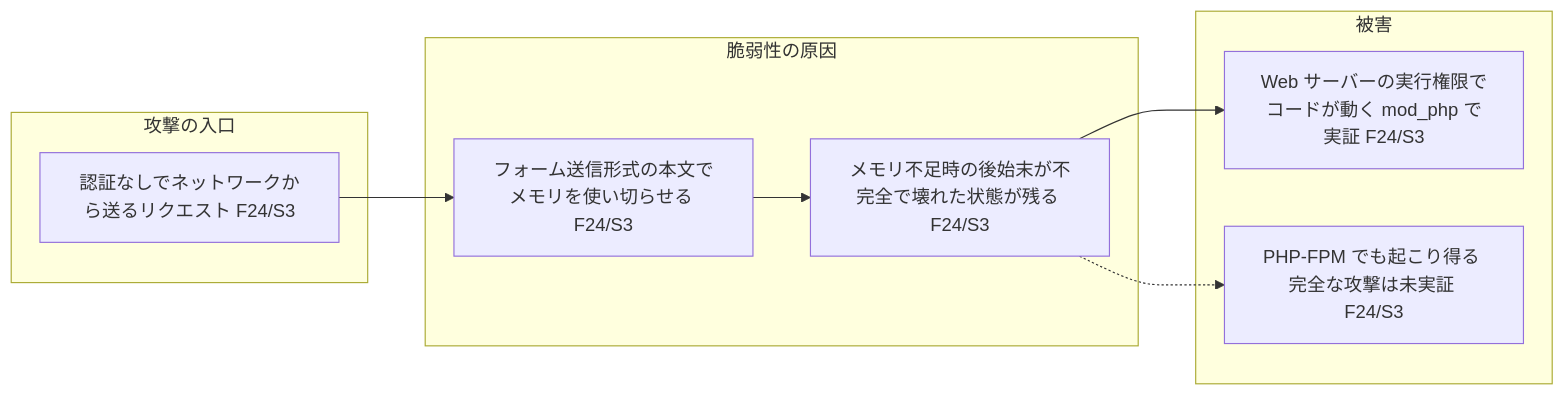
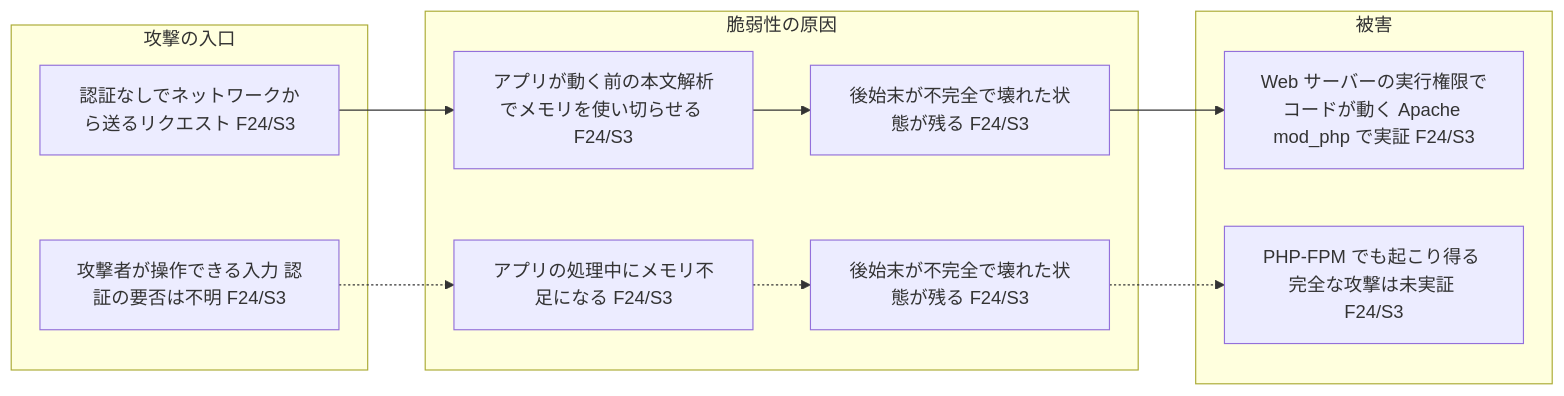
Before and after one commit to hidetzu/vulnograph: the diagram in examples/CVE-2026-109618/overview.mmd, drawn with Mermaid. The commit also changed 6 other files, not shown here.

```diff
--- a/examples/CVE-2026-109618/overview.mmd
+++ b/examples/CVE-2026-109618/overview.mmd
@@ -1,16 +1,21 @@
 flowchart LR
   subgraph IN["攻撃の入口"]
     A["認証なしでネットワークから送るリクエスト F24/S3"]
+    B["攻撃者が操作できる入力 認証の要否は不明 F24/S3"]
   end
   subgraph CAUSE["脆弱性の原因"]
-    B["フォーム送信形式の本文でメモリを使い切らせる F24/S3"]
-    C["メモリ不足時の後始末が不完全で壊れた状態が残る F24/S3"]
+    C["アプリが動く前の本文解析でメモリを使い切らせる F24/S3"]
+    D["後始末が不完全で壊れた状態が残る F24/S3"]
+    E["アプリの処理中にメモリ不足になる F24/S3"]
+    F["後始末が不完全で壊れた状態が残る F24/S3"]
   end
   subgraph HARM["被害"]
-    D["Web サーバーの実行権限でコードが動く mod_php で実証 F24/S3"]
-    E["PHP-FPM でも起こり得る 完全な攻撃は未実証 F24/S3"]
+    G["Web サーバーの実行権限でコードが動く Apache mod_php で実証 F24/S3"]
+    H["PHP-FPM でも起こり得る 完全な攻撃は未実証 F24/S3"]
   end
-  A --> B
-  B --> C
+  A --> C
   C --> D
-  C -.-> E
+  D --> G
+  B -.-> E
+  E -.-> F
+  F -.-> H
```
